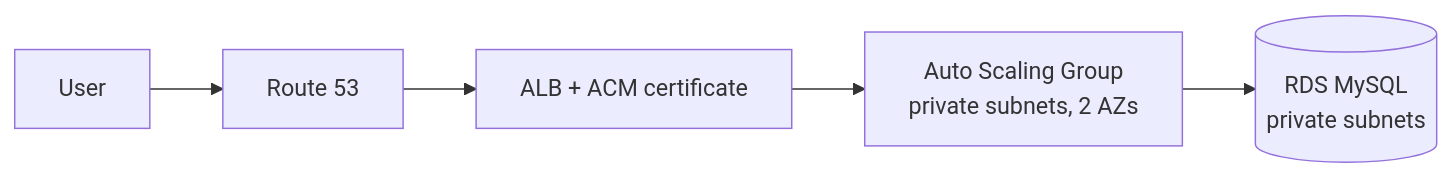
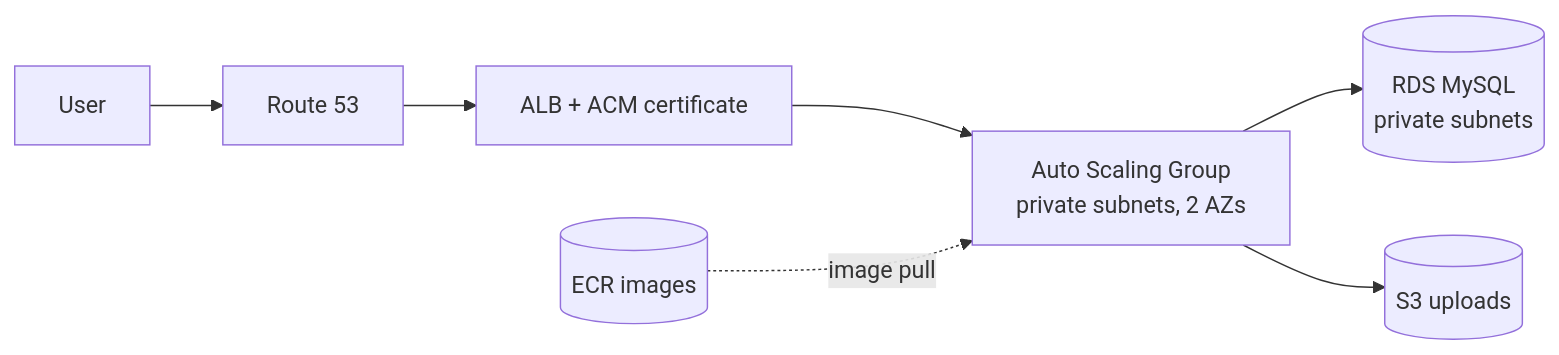
One commit to Bavnitsingh/social-media-aws-terraform changed the second of 3 diagrams in Readme.md. Above: the diagram before and after it, drawn with Mermaid. The commit also changed other lines of this file, not shown here.

````diff
--- a/Readme.md
+++ b/Readme.md
@@ -51,6 +51,8 @@
 ```mermaid
 flowchart LR
   U[User] --> R53[Route 53] --> ALB[ALB + ACM certificate]
   ALB --> ASG[Auto Scaling Group<br/>private subnets, 2 AZs]
   ASG --> RDS[(RDS MySQL<br/>private subnets)]
+  ASG --> S3[(S3 uploads)]
+  ECR[(ECR images)] -.->|image pull| ASG
 ```
````
